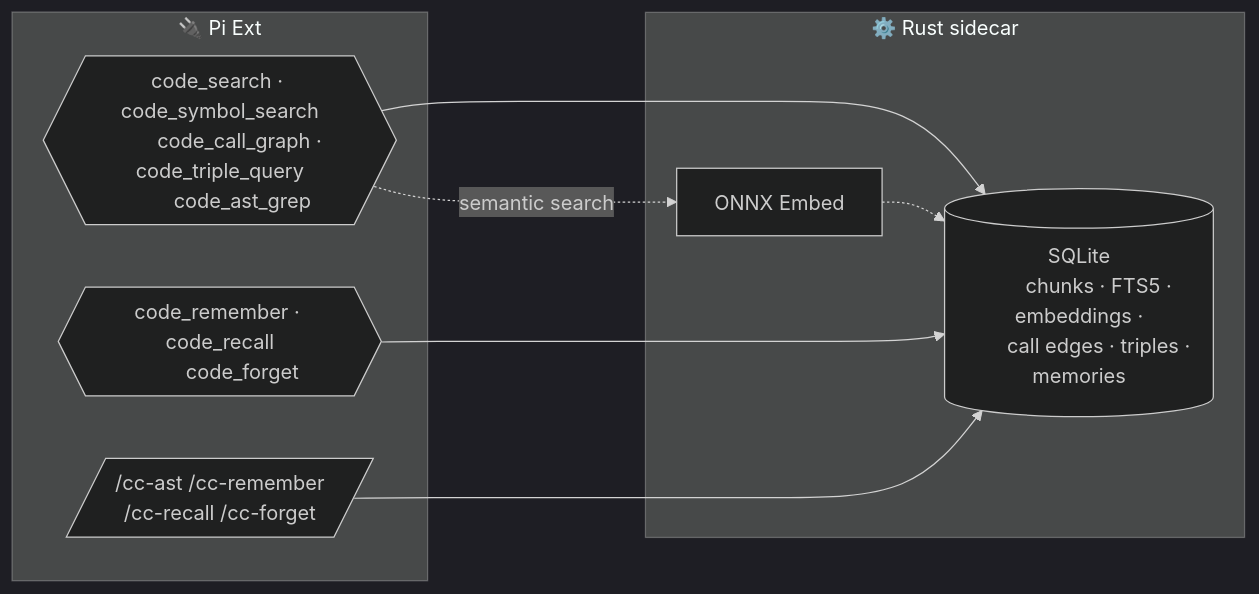
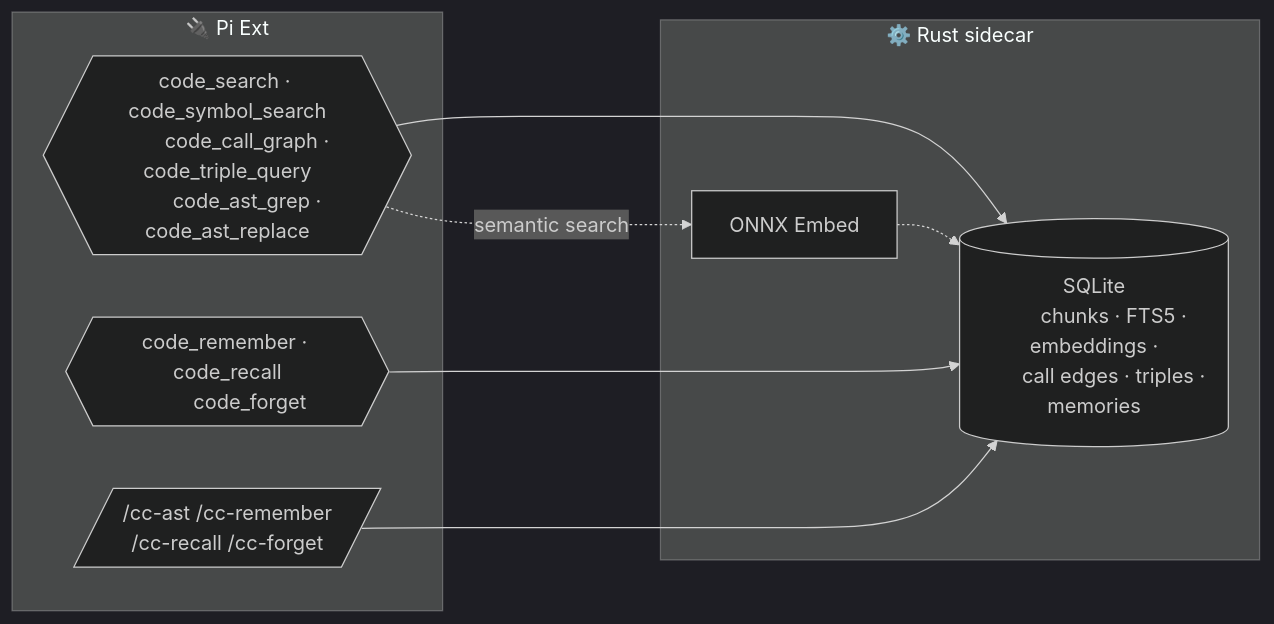
Before and after one commit to nielpattin/pi-tnega: the second of 2 diagrams in extensions/pi-cortex/README.md, drawn with Mermaid (dark theme). The commit also changed other lines of this file and 14 other files, not shown here.

````diff
--- a/extensions/pi-cortex/README.md
+++ b/extensions/pi-cortex/README.md
@@ -75,25 +76,25 @@
 ```mermaid
 flowchart LR
     subgraph Pi["🔌 Pi Ext"]
         Tools{{"code_search · code_symbol_search
         code_call_graph · code_triple_query
-        code_ast_grep"}}
+        code_ast_grep · code_ast_replace"}}
         Memory{{"code_remember · code_recall
         code_forget"}}
         Cmds[/"  /cc-ast  /cc-remember
         /cc-recall  /cc-forget  "/]
     end
 
     subgraph Rust["⚙️ Rust sidecar"]
         Embed["ONNX Embed"]
         SQLite[("SQLite
         chunks · FTS5 · embeddings ·
         call edges · triples · memories")]
     end
 
     Tools --> SQLite
     Memory --> SQLite
     Cmds --> SQLite
     Tools -.->|"semantic search"| Embed
     Embed -.-> SQLite
 ```
````
